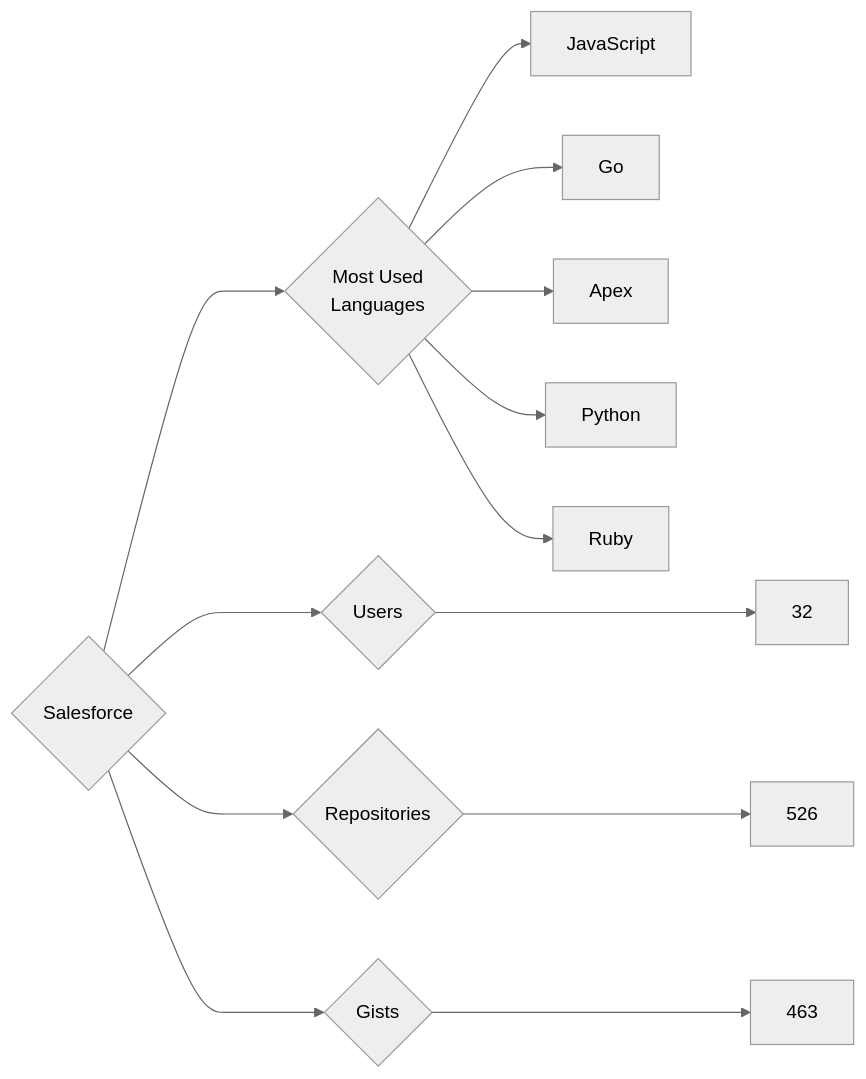
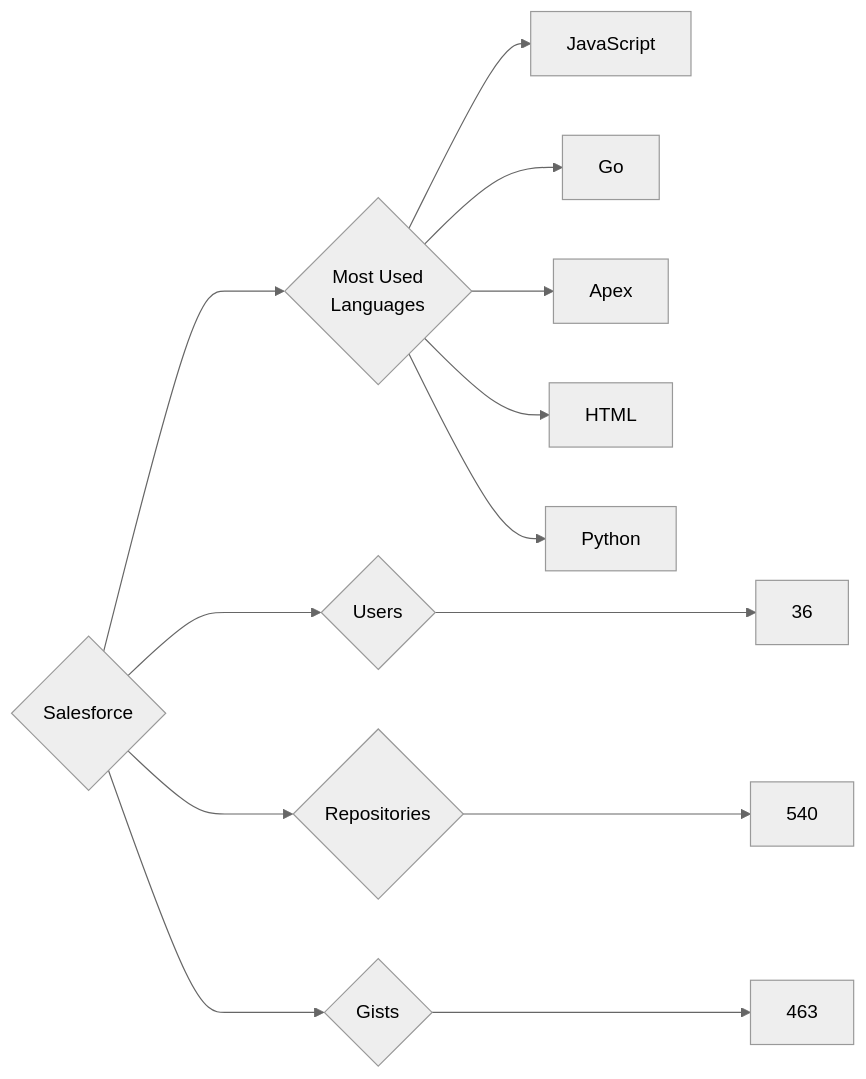
Before and after one commit to trickest/insiders: the diagram in targets/Salesforce/README.md, drawn with Mermaid (neutral theme). The commit also changed 1479 other files, not shown here.

````diff
--- a/targets/Salesforce/README.md
+++ b/targets/Salesforce/README.md
@@ -3,13 +3,13 @@
 ```mermaid
 graph LR
 COMPANY_NAME{Salesforce}
-COMPANY_NAME ---> U{Users} ---> UN[32]
-COMPANY_NAME ---> R{Repositories} ---> RN[526]
+COMPANY_NAME ---> U{Users} ---> UN[36]
+COMPANY_NAME ---> R{Repositories} ---> RN[540]
 COMPANY_NAME ---> G{Gists} ---> GN[463]
 COMPANY_NAME ---> ML{Most Used<br>Languages}
 ML --> JavaScript[JavaScript]
 ML --> Go[Go]
 ML --> Apex[Apex]
+ML --> HTML[HTML]
 ML --> Python[Python]
-ML --> Ruby[Ruby]
 ```
````
